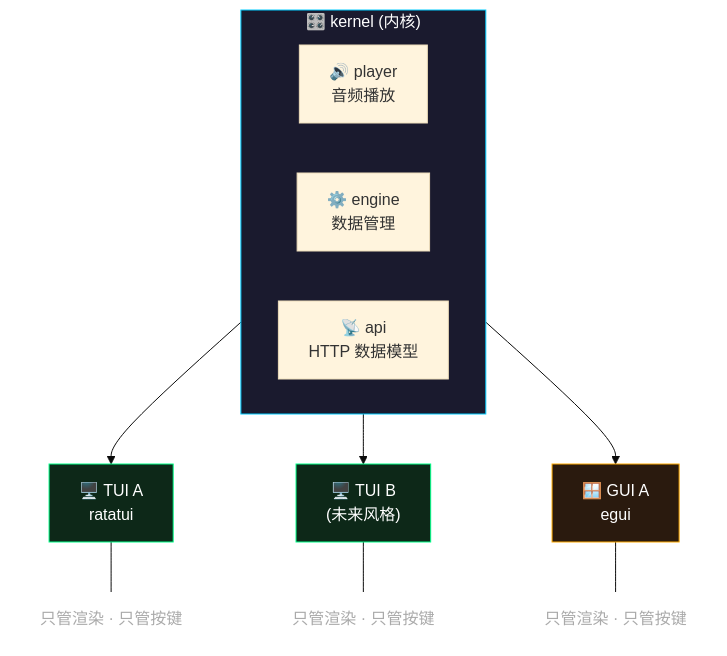
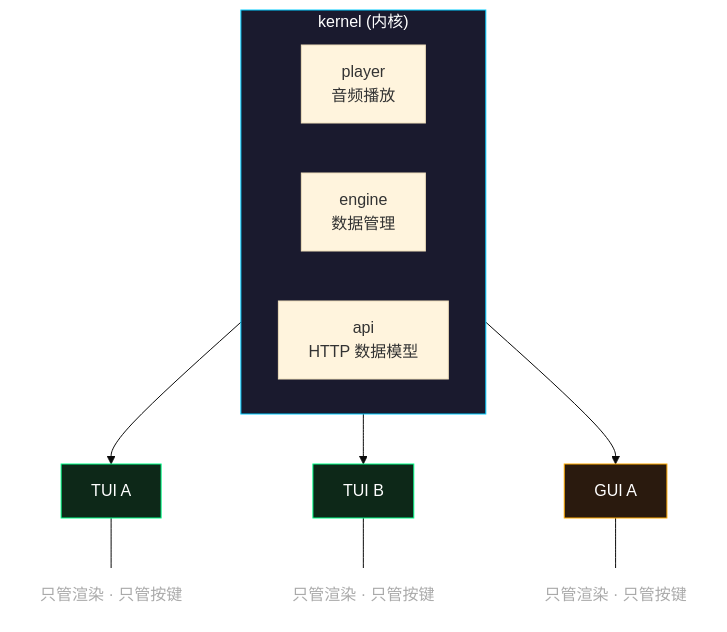
Before and after one commit to missercatos/monster-player: the first of 3 diagrams in README.md, drawn with Mermaid (base theme). The commit also changed other lines of this file and 15 other files, not shown here.

````diff
--- a/README.md
+++ b/README.md
@@ -9,33 +9,33 @@
 ```mermaid
 graph TB
-    subgraph KERNEL["🎛️ kernel (内核)"]
+    subgraph KERNEL[" kernel (内核)"]
         direction LR
-        A["🔊 player<br/>音频播放"]
-        B["⚙️ engine<br/>数据管理"]
-        C["📡 api<br/>HTTP 数据模型"]
+        A[" player<br/>音频播放"]
+        B[" engine<br/>数据管理"]
+        C[" api<br/>HTTP 数据模型"]
     end
 
     KERNEL --> TUI1
     KERNEL --> TUI2
     KERNEL --> GUI1
 
-    TUI1["🖥️ TUI A<br/>ratatui"]
-    TUI2["🖥️ TUI B<br/>(未来风格)"]
-    GUI1["🪟 GUI A<br/>egui"]
+    TUI1[" TUI A<br/>"]
+    TUI2[" TUI B<br/>"]
+    GUI1[" GUI A<br/>"]
 
     TUI1C["只管渲染 · 只管按键"]
     TUI2C["只管渲染 · 只管按键"]
     GUI1C["只管渲染 · 只管按键"]
 
     TUI1 --- TUI1C
     TUI2 --- TUI2C
     GUI1 --- GUI1C
 
     style KERNEL fill:#1a1a2e,stroke:#00ccff,color:#ffffff
     style TUI1 fill:#0d2818,stroke:#00ff88,color:#ffffff
     style TUI2 fill:#0d2818,stroke:#00ff88,color:#ffffff
     style GUI1 fill:#2a1a0e,stroke:#ffaa00,color:#ffffff
     style TUI1C fill:transparent,stroke:none,color:#aaaaaa
     style TUI2C fill:transparent,stroke:none,color:#aaaaaa
     style GUI1C fill:transparent,stroke:none,color:#aaaaaa
 ```
````
